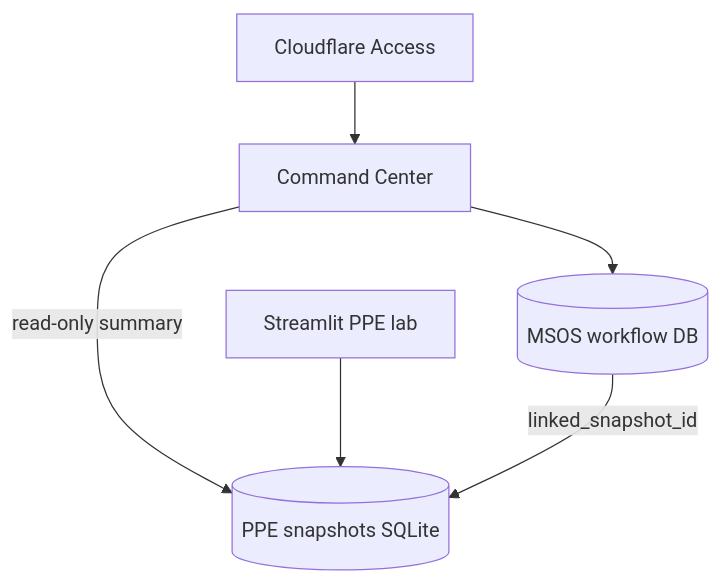
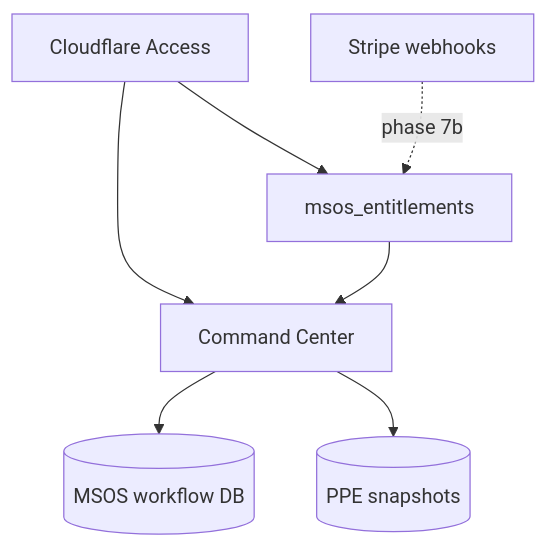
The diagram in docs/SOP/MSOS_LIVE_PRODUCT_SEQUENCE_V1.md (DanielTabakman/Probability-prediction-engine), drawn with Mermaid before and after one commit. The commit also changed other lines of this file and 36 other files, not shown here.

First line of the commit message:
docs(msos): charter live product phases 4-7b + commercial

````diff
--- a/docs/SOP/MSOS_LIVE_PRODUCT_SEQUENCE_V1.md
+++ b/docs/SOP/MSOS_LIVE_PRODUCT_SEQUENCE_V1.md
@@ -50,14 +63,16 @@
 ```mermaid
 flowchart TB
   CF[Cloudflare Access]
+  ENT[msos_entitlements]
   CC[Command Center]
   MSOS[(MSOS workflow DB)]
-  SNAP[(PPE snapshots SQLite)]
-  PPE[Streamlit PPE lab]
+  SNAP[(PPE snapshots)]
+  STRIPE[Stripe webhooks]
 
+  CF --> ENT
   CF --> CC
+  ENT --> CC
   CC --> MSOS
-  CC -->|read-only summary| SNAP
-  PPE --> SNAP
-  MSOS -->|linked_snapshot_id| SNAP
+  CC --> SNAP
+  STRIPE -.->|phase 7b| ENT
 ```
````
